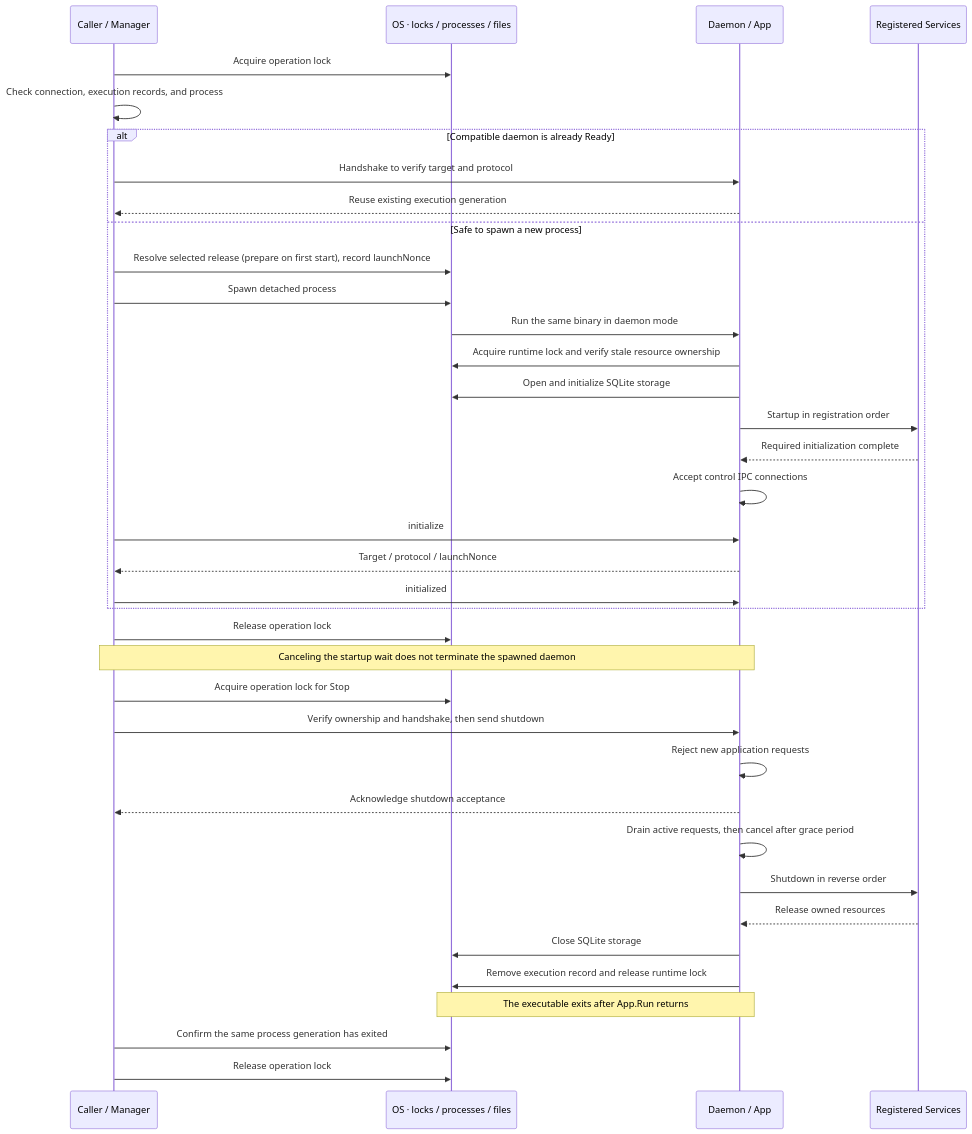
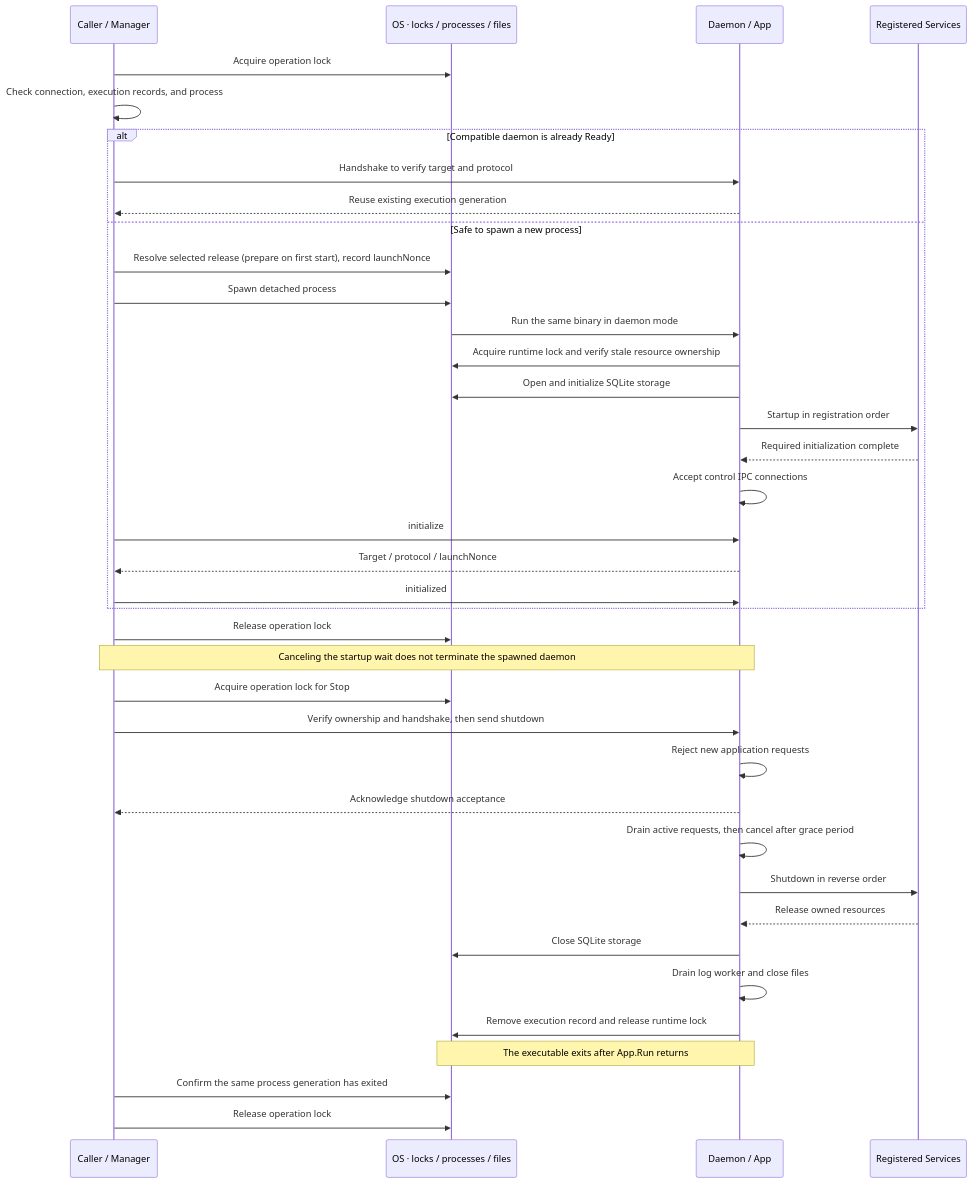
One commit to 134130/go-daemonkit changed the second of 3 diagrams in README.md. Above: the diagram before and after it, drawn with Mermaid. The commit also changed other lines of this file and 17 other files, not shown here.

````diff
--- a/README.md
+++ b/README.md
@@ -103,41 +103,42 @@
 ```mermaid
 sequenceDiagram
     participant CLI as Caller / Manager
     participant OS as OS · locks / processes / files
     participant App as Daemon / App
     participant S as Registered Services
 
     CLI->>OS: Acquire operation lock
     CLI->>CLI: Check connection, execution records, and process
     alt Compatible daemon is already Ready
         CLI->>App: Handshake to verify target and protocol
         App-->>CLI: Reuse existing execution generation
     else Safe to spawn a new process
         CLI->>OS: Resolve selected release (prepare on first start), record launchNonce
         CLI->>OS: Spawn detached process
         OS->>App: Run the same binary in daemon mode
         App->>OS: Acquire runtime lock and verify stale resource ownership
         App->>OS: Open and initialize SQLite storage
         App->>S: Startup in registration order
         S-->>App: Required initialization complete
         App->>App: Accept control IPC connections
         CLI->>App: initialize
         App-->>CLI: Target / protocol / launchNonce
         CLI->>App: initialized
     end
     CLI->>OS: Release operation lock
     Note over CLI,App: Canceling the startup wait does not terminate the spawned daemon
 
     CLI->>OS: Acquire operation lock for Stop
     CLI->>App: Verify ownership and handshake, then send shutdown
     App->>App: Reject new application requests
     App-->>CLI: Acknowledge shutdown acceptance
     App->>App: Drain active requests, then cancel after grace period
     App->>S: Shutdown in reverse order
     S-->>App: Release owned resources
     App->>OS: Close SQLite storage
+    App->>App: Drain log worker and close files
     App->>OS: Remove execution record and release runtime lock
     Note over App,OS: The executable exits after App.Run returns
     CLI->>OS: Confirm the same process generation has exited
     CLI->>OS: Release operation lock
 ```
````
